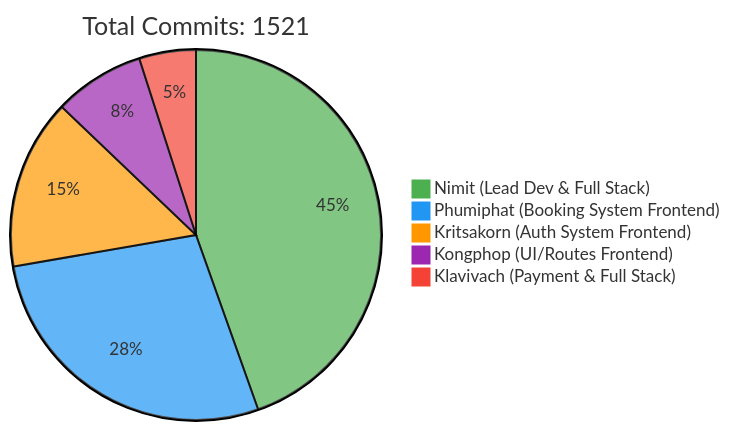
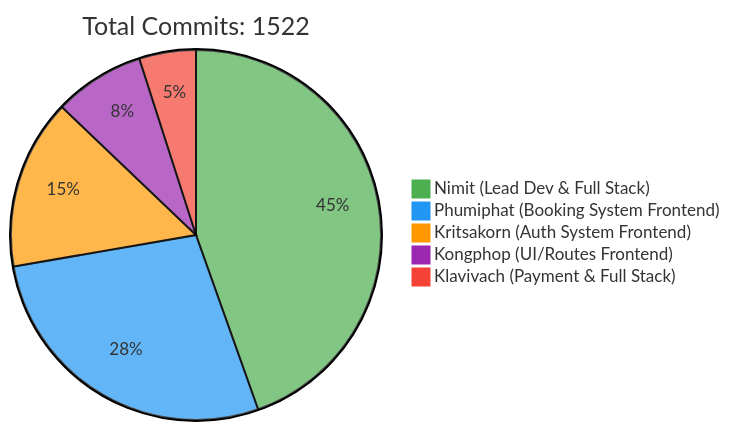
Before and after one commit to 6531503042/Sport-Complex: the first of 2 diagrams in README.md, drawn with Mermaid. The commit also changed other lines of this file, not shown here.

Commit message:
docs: Update contributor statistics [skip ci]

````diff
--- a/README.md
+++ b/README.md
@@ -257,10 +257,10 @@
 ```mermaid
 %%{init: {'theme': 'base', 'themeVariables': { 'pie1': '#4CAF50', 'pie2': '#2196F3', 'pie3': '#FF9800', 'pie4': '#9C27B0', 'pie5': '#F44336'}}}%%
 pie
-    title Total Commits: 1521
+    title Total Commits: 1522
     "Nimit (Lead Dev & Full Stack)" : 450
     "Phumiphat (Booking System Frontend)" : 280
     "Kritsakorn (Auth System Frontend)" : 150
     "Kongphop (UI/Routes Frontend)" : 80
     "Klavivach (Payment & Full Stack)" : 50
 ```
````
